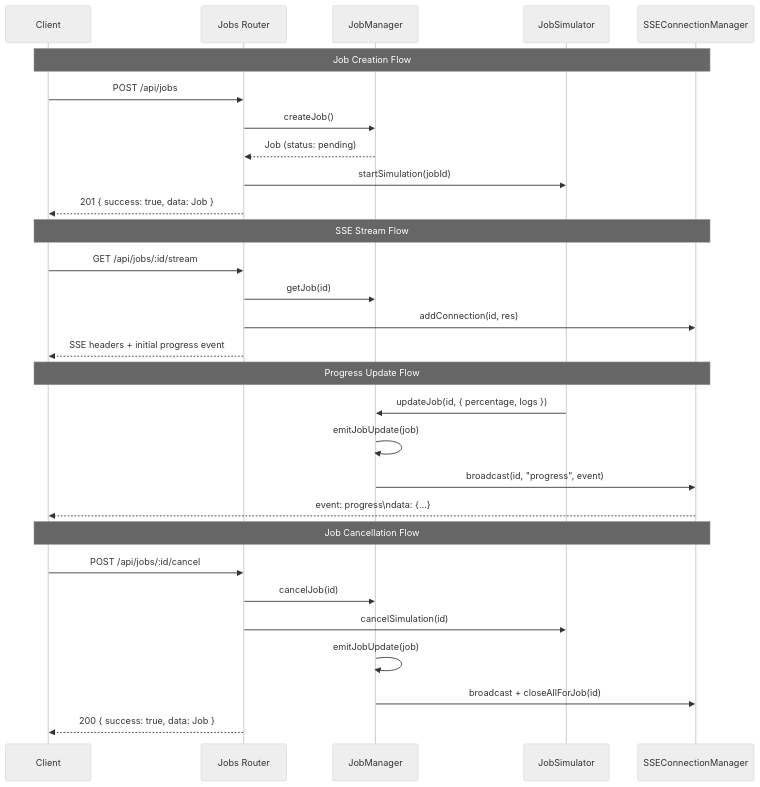
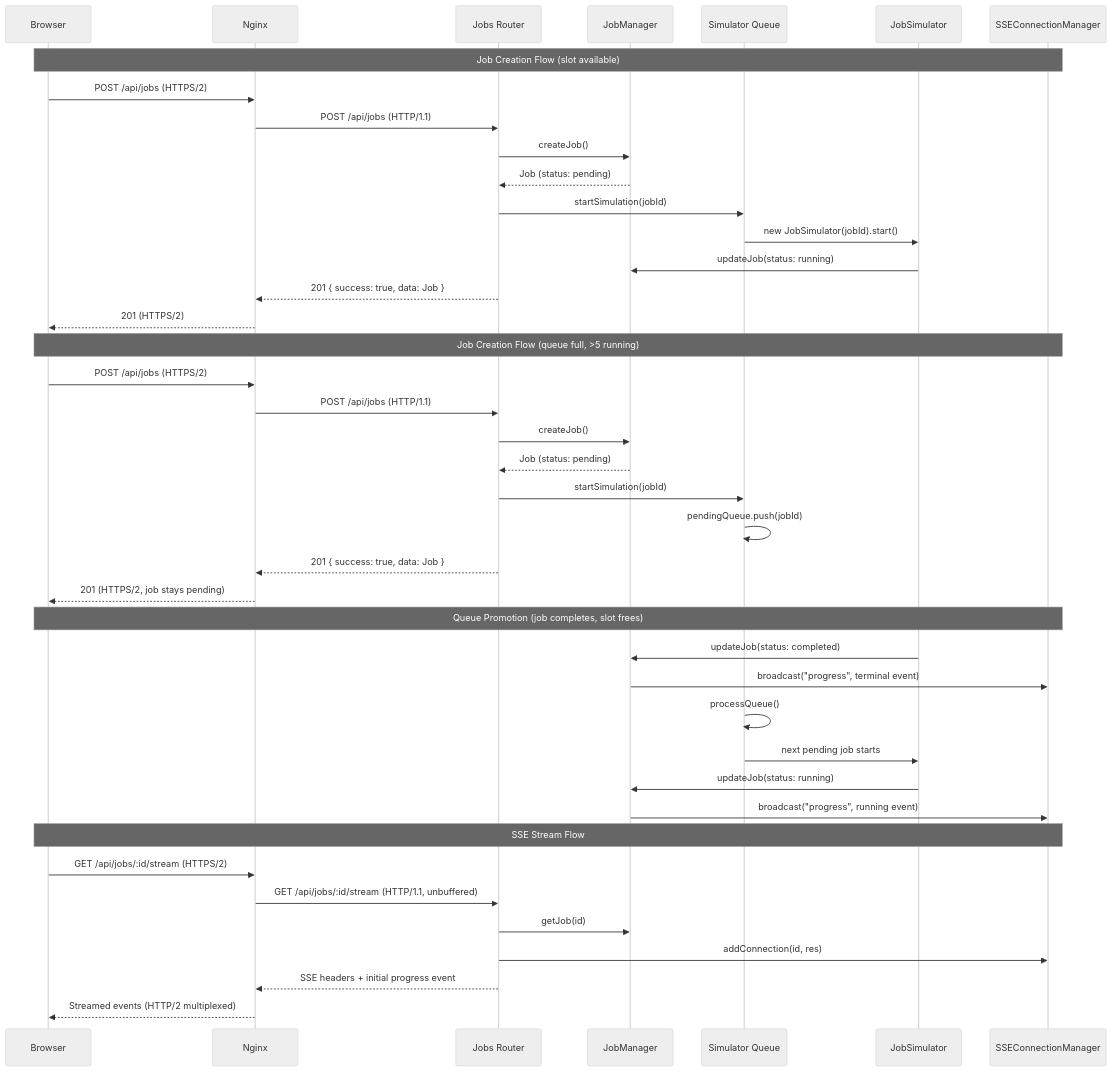
The third of 6 diagrams in diagrams/C4-code.md (andrewhouser/job-runner), drawn with Mermaid (neutral theme) before and after one commit. The commit also changed other lines of this file and 10 other files, not shown here.

Commit message:
Updated to use NGINX proxy to enable HTTP/2

````diff
--- a/diagrams/C4-code.md
+++ b/diagrams/C4-code.md
@@ -115,35 +126,47 @@
 ```mermaid
 sequenceDiagram
-    participant Client
+    participant Browser
+    participant Nginx
     participant Router as Jobs Router
     participant JM as JobManager
+    participant Queue as Simulator Queue
     participant Sim as JobSimulator
     participant SSE as SSEConnectionManager
 
-    Note over Client,SSE: Job Creation Flow
-    Client->>Router: POST /api/jobs
+    Note over Browser,SSE: Job Creation Flow (slot available)
+    Browser->>Nginx: POST /api/jobs (HTTPS/2)
+    Nginx->>Router: POST /api/jobs (HTTP/1.1)
     Router->>JM: createJob()
     JM-->>Router: Job (status: pending)
-    Router->>Sim: startSimulation(jobId)
-    Router-->>Client: 201 { success: true, data: Job }
+    Router->>Queue: startSimulation(jobId)
+    Queue->>Sim: new JobSimulator(jobId).start()
+    Sim->>JM: updateJob(status: running)
+    Router-->>Nginx: 201 { success: true, data: Job }
+    Nginx-->>Browser: 201 (HTTPS/2)
 
-    Note over Client,SSE: SSE Stream Flow
-    Client->>Router: GET /api/jobs/:id/stream
+    Note over Browser,SSE: Job Creation Flow (queue full, >5 running)
+    Browser->>Nginx: POST /api/jobs (HTTPS/2)
+    Nginx->>Router: POST /api/jobs (HTTP/1.1)
+    Router->>JM: createJob()
+    JM-->>Router: Job (status: pending)
+    Router->>Queue: startSimulation(jobId)
+    Queue->>Queue: pendingQueue.push(jobId)
+    Router-->>Nginx: 201 { success: true, data: Job }
+    Nginx-->>Browser: 201 (HTTPS/2, job stays pending)
+
+    Note over Browser,SSE: Queue Promotion (job completes, slot frees)
+    Sim->>JM: updateJob(status: completed)
+    JM->>SSE: broadcast("progress", terminal event)
+    Queue->>Queue: processQueue()
+    Queue->>Sim: next pending job starts
+    Sim->>JM: updateJob(status: running)
+    JM->>SSE: broadcast("progress", running event)
+
+    Note over Browser,SSE: SSE Stream Flow
+    Browser->>Nginx: GET /api/jobs/:id/stream (HTTPS/2)
+    Nginx->>Router: GET /api/jobs/:id/stream (HTTP/1.1, unbuffered)
     Router->>JM: getJob(id)
     Router->>SSE: addConnection(id, res)
-    Router-->>Client: SSE headers + initial progress event
-
-    Note over Client,SSE: Progress Update Flow
-    Sim->>JM: updateJob(id, { percentage, logs })
-    JM->>JM: emitJobUpdate(job)
-    JM->>SSE: broadcast(id, "progress", event)
-    SSE-->>Client: event: progress\ndata: {...}
-
-    Note over Client,SSE: Job Cancellation Flow
-    Client->>Router: POST /api/jobs/:id/cancel
-    Router->>JM: cancelJob(id)
-    Router->>Sim: cancelSimulation(id)
-    JM->>JM: emitJobUpdate(job)
-    JM->>SSE: broadcast + closeAllForJob(id)
-    Router-->>Client: 200 { success: true, data: Job }
+    Router-->>Nginx: SSE headers + initial progress event
+    Nginx-->>Browser: Streamed events (HTTP/2 multiplexed)
 ```
````
